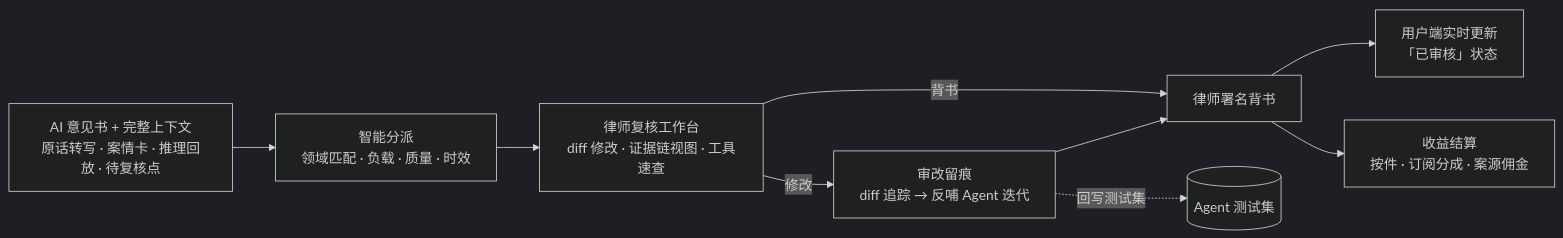
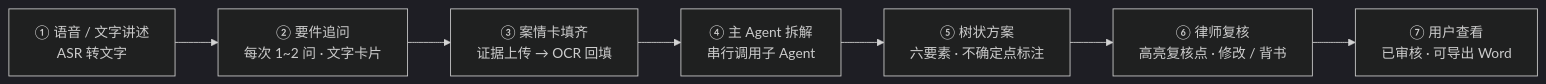
One commit to Megalomanian/saishangfaqiao changed the second of 3 diagrams in README.md. Above: the diagram before and after it, drawn with Mermaid (dark theme). The commit also changed other lines of this file and 2 other files, not shown here.

Commit message:
refactor: 技术方案收敛为 MVP 版（单体架构 + 4 个子 Agent + 3 张简洁架构图）

````diff
--- a/README.md
+++ b/README.md
@@ -334,11 +80,9 @@
 ```mermaid
 flowchart LR
-    A["AI 意见书 + 完整上下文<br/>原话转写 · 案情卡 · 推理回放 · 待复核点"] --> B["智能分派<br/>领域匹配 · 负载 · 质量 · 时效"]
-    B --> C["律师复核工作台<br/>diff 修改 · 证据链视图 · 工具速查"]
-    C -->|"修改"| D["审改留痕<br/>diff 追踪 → 反哺 Agent 迭代"]
-    C -->|"背书"| E["律师署名背书"]
-    D --> E
-    E --> F["用户端实时更新<br/>「已审核」状态"]
-    E --> G["收益结算<br/>按件 · 订阅分成 · 案源佣金"]
-    D -.->|"回写测试集"| H[("Agent 测试集")]
+    A["① 语音 / 文字讲述<br/>ASR 转文字"] --> B["② 要件追问<br/>每次 1~2 问 · 文字卡片"]
+    B --> C["③ 案情卡填齐<br/>证据上传 → OCR 回填"]
+    C --> D["④ 主 Agent 拆解<br/>串行调用子 Agent"]
+    D --> E["⑤ 树状方案<br/>六要素 · 不确定点标注"]
+    E --> F["⑥ 律师复核<br/>高亮复核点 · 修改 / 背书"]
+    F --> G["⑦ 用户查看<br/>已审核 · 可导出 Word"]
 ```
````
